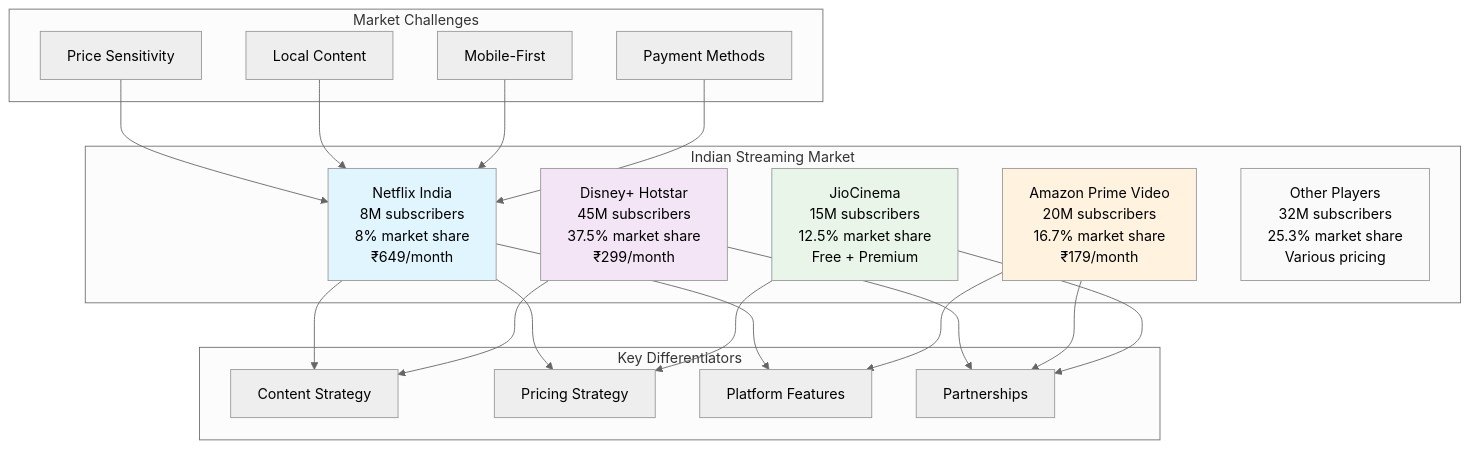
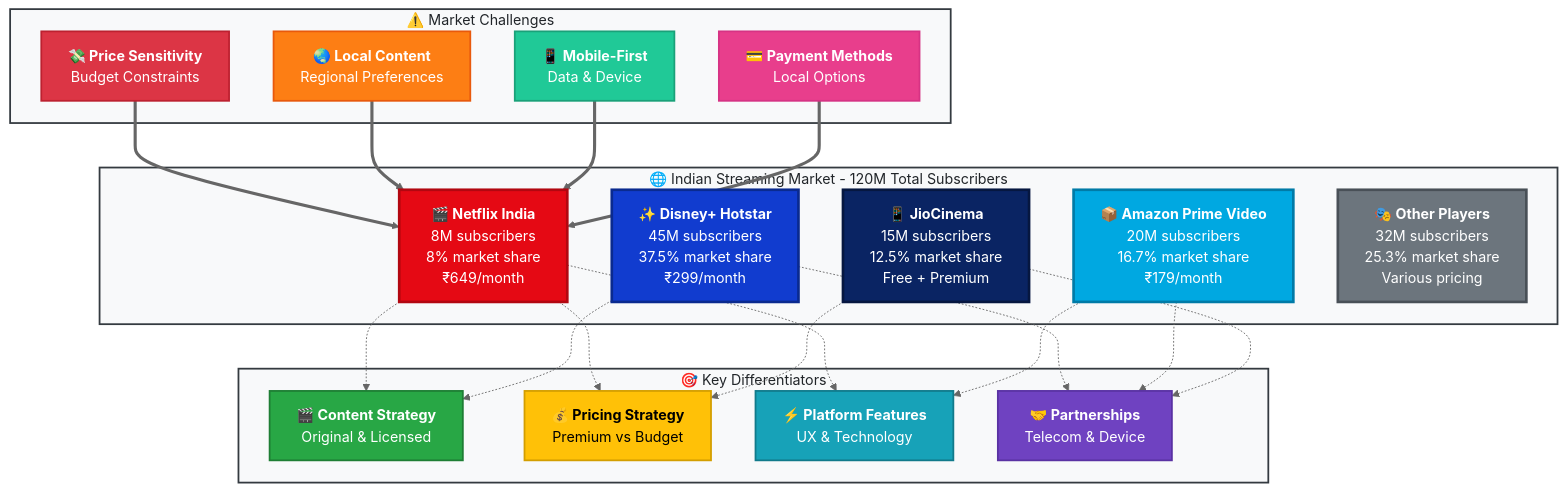
The first of 3 diagrams in assets/diagrams/competitive-landscape-map.md (VIKAS9793/netflix-india-pm-case-study), drawn with Mermaid (neutral theme) before and after one commit. The commit also changed other lines of this file, not shown here.

````diff
--- a/assets/diagrams/competitive-landscape-map.md
+++ b/assets/diagrams/competitive-landscape-map.md
@@ -3,48 +17,62 @@
 ```mermaid
 graph TB
-    subgraph "Indian Streaming Market"
-        Netflix["Netflix India<br/>8M subscribers<br/>8% market share<br/>₹649/month"]
-        Disney["Disney+ Hotstar<br/>45M subscribers<br/>37.5% market share<br/>₹299/month"]
-        Prime["Amazon Prime Video<br/>20M subscribers<br/>16.7% market share<br/>₹179/month"]
-        Jio["JioCinema<br/>15M subscribers<br/>12.5% market share<br/>Free + Premium"]
-        Others["Other Players<br/>32M subscribers<br/>25.3% market share<br/>Various pricing"]
+    subgraph Market["🌐 Indian Streaming Market - 120M Total Subscribers"]
+        Netflix["<b>🎬 Netflix India</b><br/>8M subscribers<br/>8% market share<br/>₹649/month"]
+        Disney["<b>✨ Disney+ Hotstar</b><br/>45M subscribers<br/>37.5% market share<br/>₹299/month"]
+        Prime["<b>📦 Amazon Prime Video</b><br/>20M subscribers<br/>16.7% market share<br/>₹179/month"]
+        Jio["<b>📱 JioCinema</b><br/>15M subscribers<br/>12.5% market share<br/>Free + Premium"]
+        Others["<b>🎭 Other Players</b><br/>32M subscribers<br/>25.3% market share<br/>Various pricing"]
     end
     
-    subgraph "Key Differentiators"
-        Content["Content Strategy"]
-        Pricing["Pricing Strategy"]
-        Features["Platform Features"]
-        Partnerships["Partnerships"]
+    subgraph Diff["🎯 Key Differentiators"]
+        Content["<b>🎬 Content Strategy</b><br/>Original & Licensed"]
+        Pricing["<b>💰 Pricing Strategy</b><br/>Premium vs Budget"]
+        Features["<b>⚡ Platform Features</b><br/>UX & Technology"]
+        Partnerships["<b>🤝 Partnerships</b><br/>Telecom & Device"]
     end
     
-    subgraph "Market Challenges"
-        Price["Price Sensitivity"]
-        Local["Local Content"]
-        Mobile["Mobile-First"]
-        Payment["Payment Methods"]
+    subgraph Challenges["⚠️ Market Challenges"]
+        Price["<b>💸 Price Sensitivity</b><br/>Budget Constraints"]
+        Local["<b>🌏 Local Content</b><br/>Regional Preferences"]
+        Mobile["<b>📱 Mobile-First</b><br/>Data & Device"]
+        Payment["<b>💳 Payment Methods</b><br/>Local Options"]
     end
     
-    Netflix --> Content
-    Netflix --> Pricing
-    Netflix --> Features
+    Netflix -.-> Content
+    Netflix -.-> Pricing
+    Netflix -.-> Features
     
-    Disney --> Content
-    Disney --> Partnerships
+    Disney -.-> Content
+    Disney -.-> Partnerships
     
-    Prime --> Features
-    Prime --> Partnerships
+    Prime -.-> Features
+    Prime -.-> Partnerships
     
-    Jio --> Pricing
-    Jio --> Partnerships
+    Jio -.-> Pricing
+    Jio -.-> Partnerships
     
-    Price --> Netflix
-    Local --> Netflix
-    Mobile --> Netflix
-    Payment --> Netflix
+    Price ==> Netflix
+    Local ==> Netflix
+    Mobile ==> Netflix
+    Payment ==> Netflix
     
-    style Netflix fill:#e1f5fe
-    style Disney fill:#f3e5f5
-    style Prime fill:#fff3e0
-    style Jio fill:#e8f5e8
-    style Others fill:#fafafa
+    style Netflix fill:#E50914,stroke:#B20710,stroke-width:3px,color:#FFFFFF
+    style Disney fill:#113CCF,stroke:#0A2A8F,stroke-width:3px,color:#FFFFFF
+    style Prime fill:#00A8E1,stroke:#007BA7,stroke-width:3px,color:#FFFFFF
+    style Jio fill:#0A2463,stroke:#061740,stroke-width:3px,color:#FFFFFF
+    style Others fill:#6C757D,stroke:#495057,stroke-width:3px,color:#FFFFFF
+    
+    style Content fill:#28A745,stroke:#1E7E34,stroke-width:2px,color:#FFFFFF
+    style Pricing fill:#FFC107,stroke:#D39E00,stroke-width:2px,color:#000000
+    style Features fill:#17A2B8,stroke:#117A8B,stroke-width:2px,color:#FFFFFF
+    style Partnerships fill:#6F42C1,stroke:#5A32A3,stroke-width:2px,color:#FFFFFF
+    
+    style Price fill:#DC3545,stroke:#BD2130,stroke-width:2px,color:#FFFFFF
+    style Local fill:#FD7E14,stroke:#E8590C,stroke-width:2px,color:#FFFFFF
+    style Mobile fill:#20C997,stroke:#1AA179,stroke-width:2px,color:#FFFFFF
+    style Payment fill:#E83E8C,stroke:#D63384,stroke-width:2px,color:#FFFFFF
+    
+    style Market fill:#F8F9FA,stroke:#343A40,stroke-width:2px,color:#212529
+    style Diff fill:#F8F9FA,stroke:#343A40,stroke-width:2px,color:#212529
+    style Challenges fill:#F8F9FA,stroke:#343A40,stroke-width:2px,color:#212529
 ```
````
